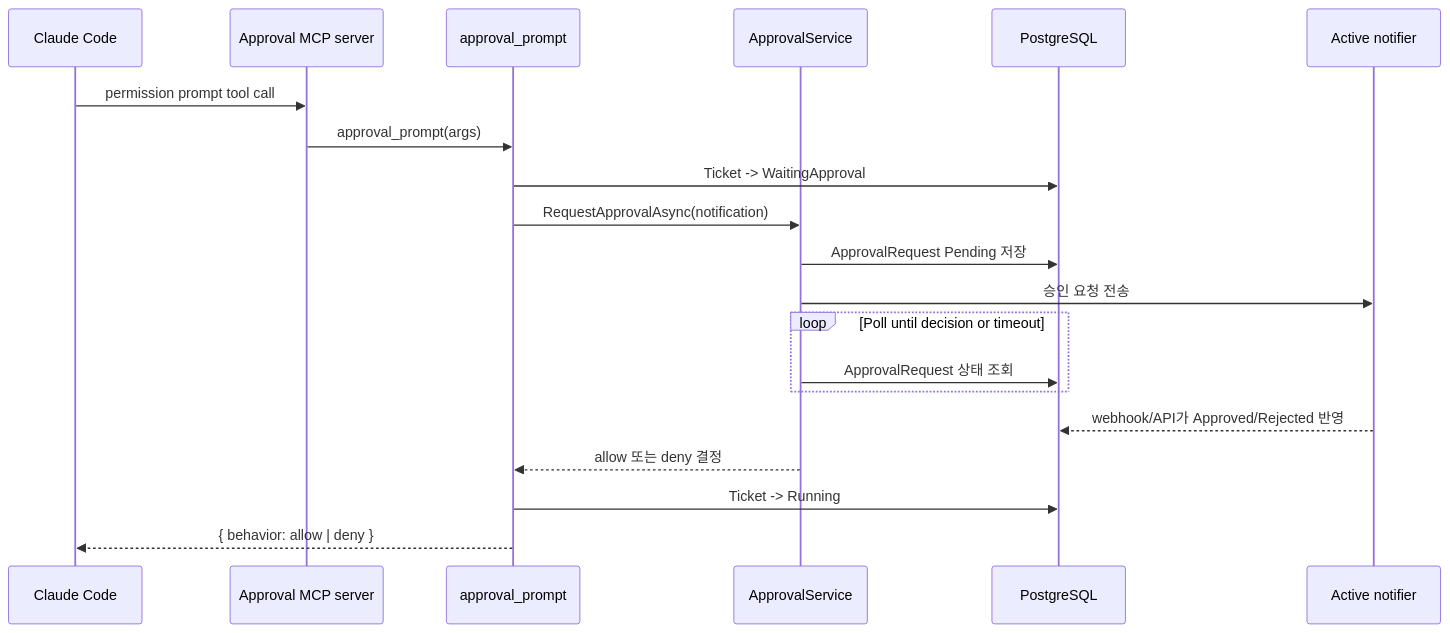
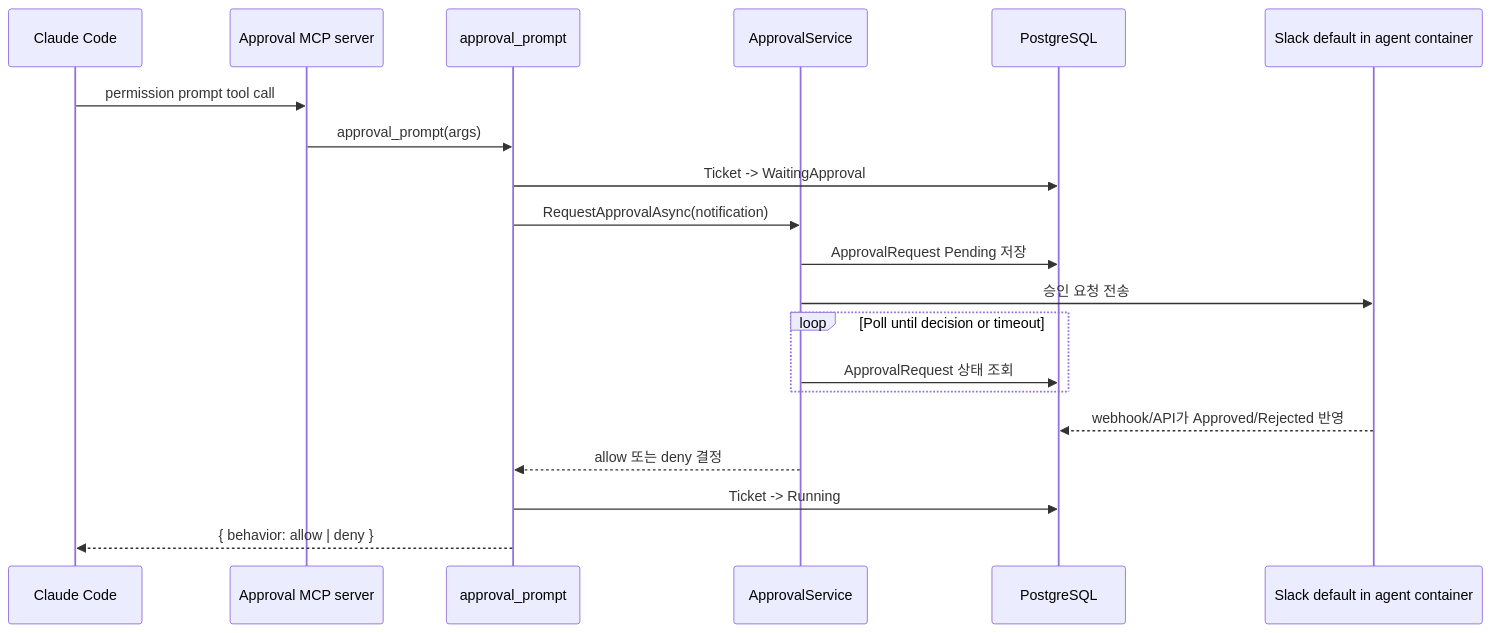
The first of 2 diagrams in docs/features/approval-flow.md (zzanghyunmoo/ReplaceMe), drawn with Mermaid before and after one commit. The commit also changed other lines of this file and 29 other files, not shown here.

````diff
--- a/docs/features/approval-flow.md
+++ b/docs/features/approval-flow.md
@@ -24,23 +30,23 @@
 ```mermaid
 sequenceDiagram
     participant Claude as Claude Code
     participant MCP as Approval MCP server
     participant Tool as approval_prompt
     participant Service as ApprovalService
     participant DB as PostgreSQL
-    participant Notifier as Active notifier
+    participant Notifier as Slack default in agent container
 
     Claude->>MCP: permission prompt tool call
     MCP->>Tool: approval_prompt(args)
     Tool->>DB: Ticket -> WaitingApproval
     Tool->>Service: RequestApprovalAsync(notification)
     Service->>DB: ApprovalRequest Pending 저장
     Service->>Notifier: 승인 요청 전송
     loop Poll until decision or timeout
         Service->>DB: ApprovalRequest 상태 조회
     end
     Notifier-->>DB: webhook/API가 Approved/Rejected 반영
     Service-->>Tool: allow 또는 deny 결정
     Tool->>DB: Ticket -> Running
     Tool-->>Claude: { behavior: allow | deny }
 ```
````
